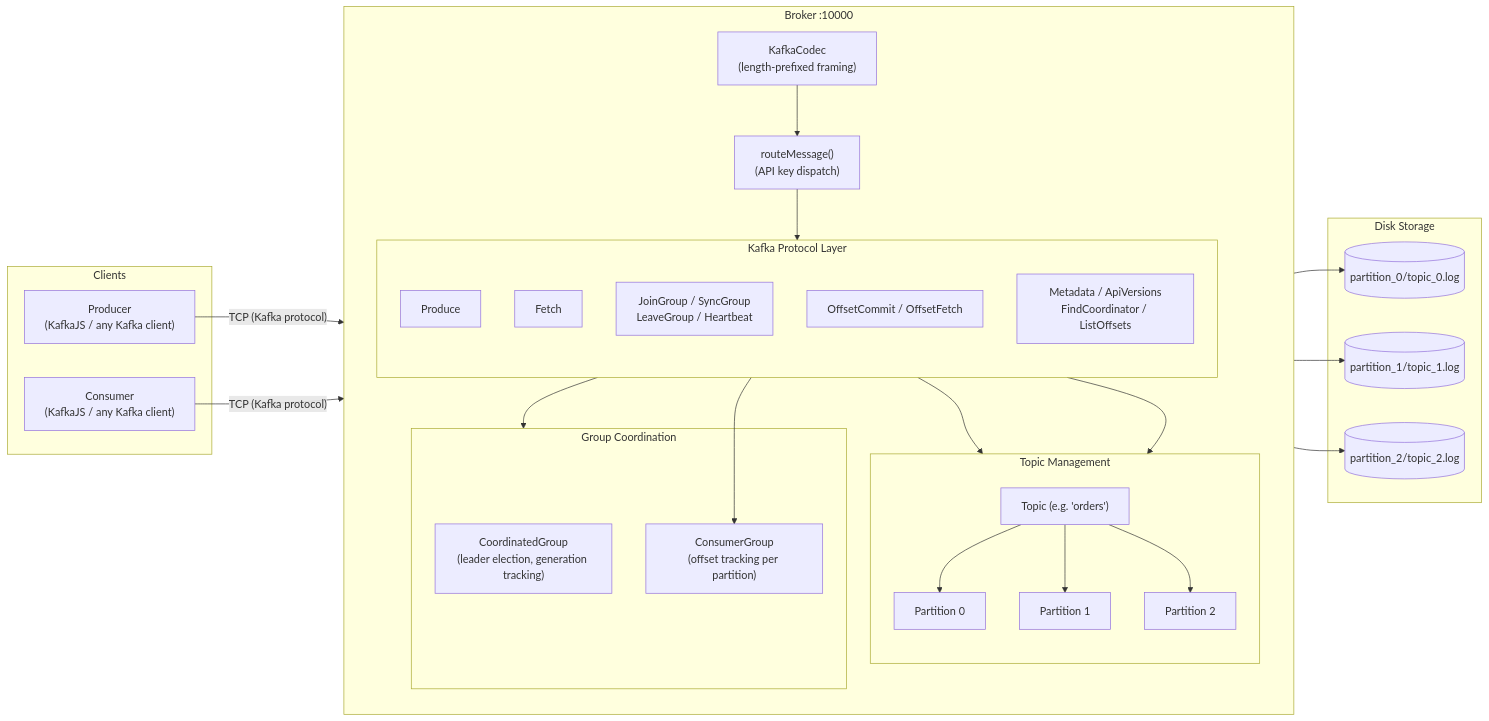
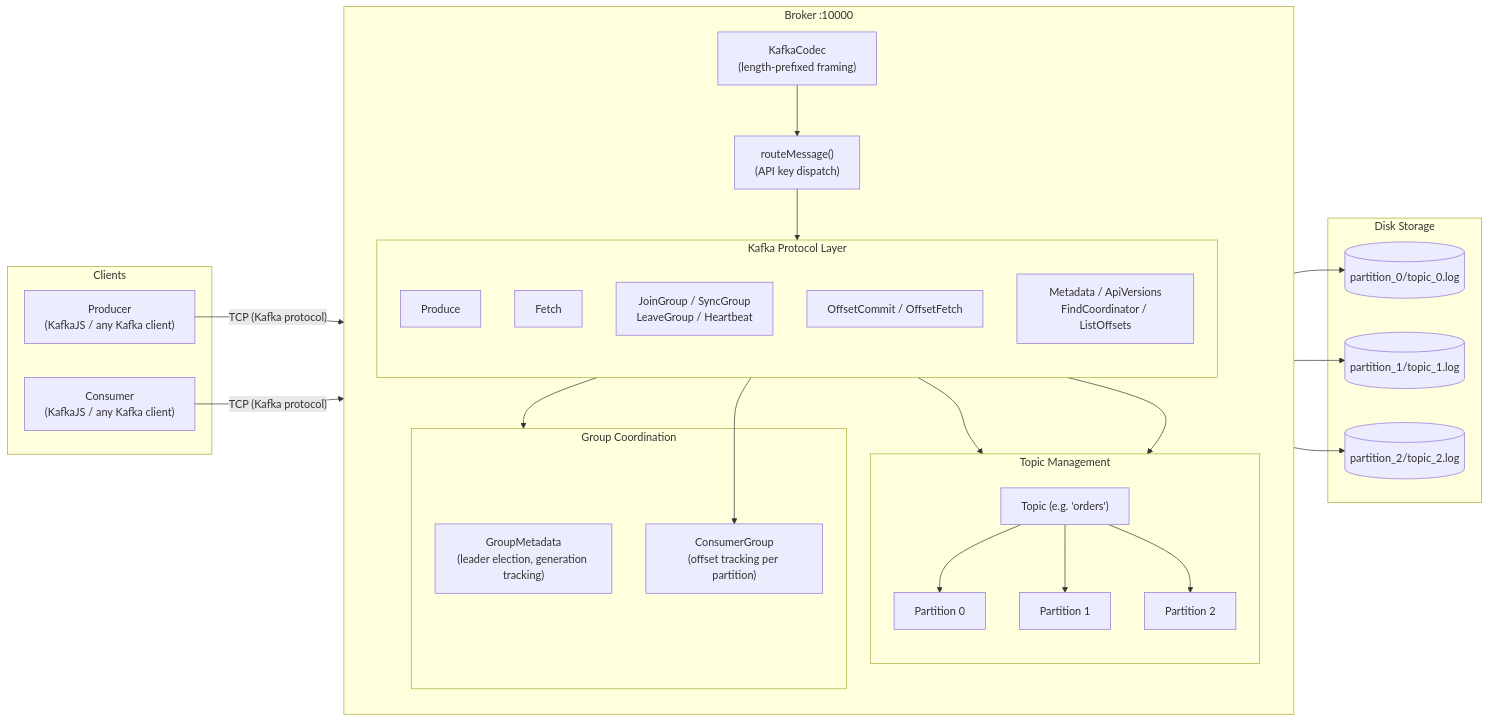
Before and after one commit to EricNguyen1206/gokafk: the diagram in README.md, drawn with Mermaid. The commit also changed other lines of this file and 11 other files, not shown here.

````diff
--- a/README.md
+++ b/README.md
@@ -34,57 +34,57 @@
 ```mermaid
 graph LR
     subgraph Clients
         P["Producer\n(KafkaJS / any Kafka client)"]
         C["Consumer\n(KafkaJS / any Kafka client)"]
     end
 
     subgraph Broker["Broker :10000"]
         direction TB
         CODEC["KafkaCodec\n(length-prefixed framing)"]
         ROUTER["routeMessage()\n(API key dispatch)"]
 
         subgraph Protocol["Kafka Protocol Layer"]
             direction TB
             PRODUCE["Produce"]
             FETCH["Fetch"]
             GRP["JoinGroup / SyncGroup\nLeaveGroup / Heartbeat"]
             OFFSET["OffsetCommit / OffsetFetch"]
             META["Metadata / ApiVersions\nFindCoordinator / ListOffsets"]
         end
 
         subgraph Topics["Topic Management"]
             direction TB
             T1["Topic (e.g. 'orders')"]
             P0["Partition 0"]
             P1["Partition 1"]
             P2["Partition 2"]
             T1 --> P0
             T1 --> P1
             T1 --> P2
         end
 
         subgraph Coordination["Group Coordination"]
-            CG["CoordinatedGroup\n(leader election, generation tracking)"]
+            CG["GroupMetadata\n(leader election, generation tracking)"]
             CGO["ConsumerGroup\n(offset tracking per partition)"]
         end
 
         CODEC --> ROUTER
         ROUTER --> Protocol
         PRODUCE --> Topics
         FETCH --> Topics
         GRP --> Coordination
         OFFSET --> CGO
     end
 
     subgraph Storage["Disk Storage"]
         S0[("partition_0/topic_0.log")]
         S1[("partition_1/topic_1.log")]
         S2[("partition_2/topic_2.log")]
         P0 --> S0
         P1 --> S1
         P2 --> S2
     end
 
     P -- "TCP (Kafka protocol)" --> CODEC
     C -- "TCP (Kafka protocol)" --> CODEC
 ```
````
